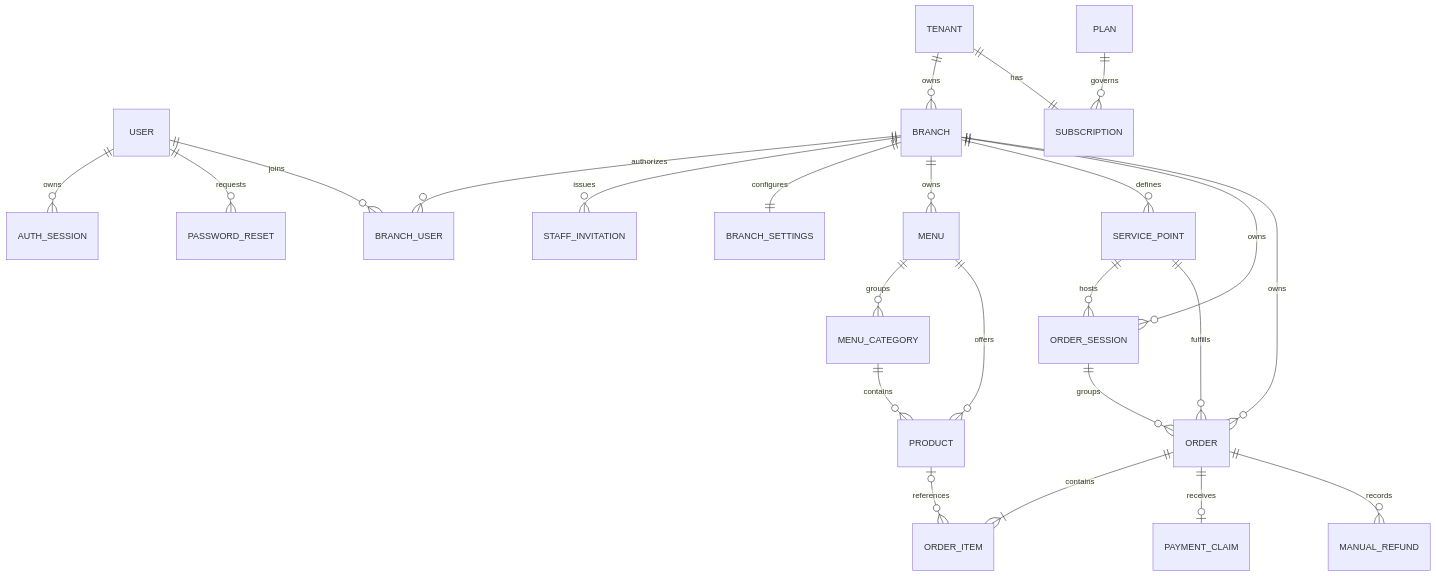
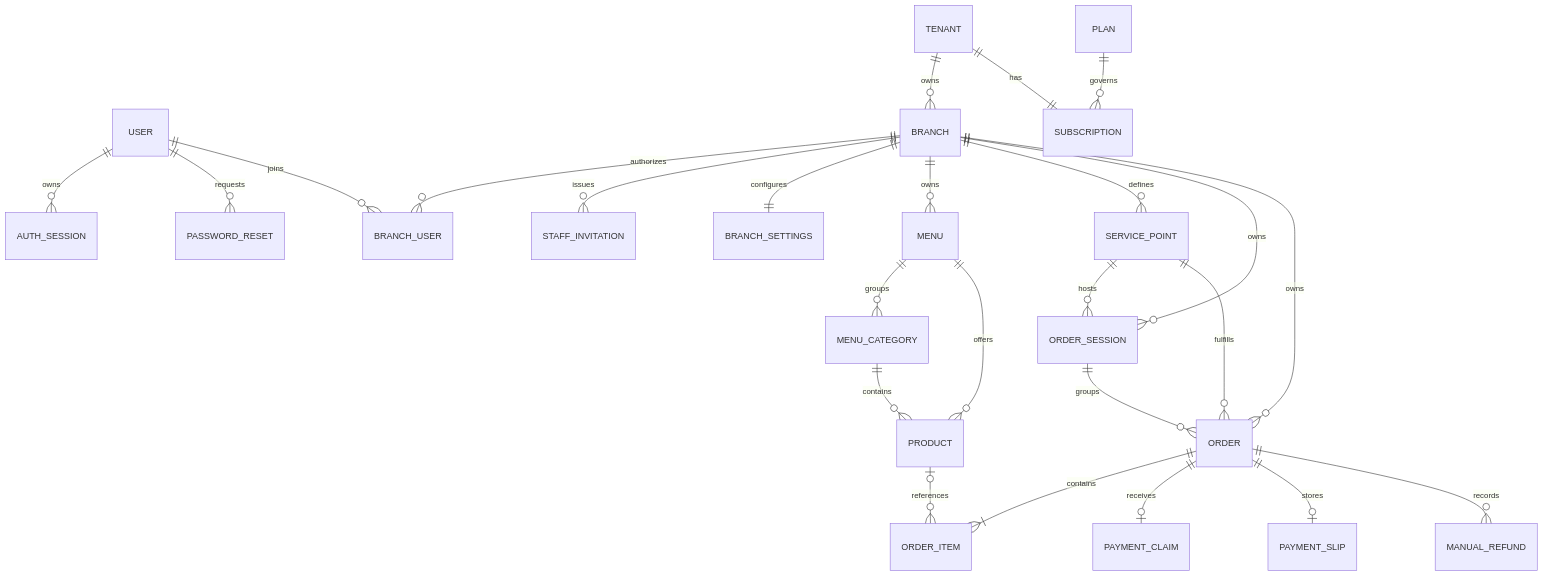
One commit to korawit-ch/restaurant-ordering-system changed the diagram in docs/DATA_MODEL.md. Above: the diagram before and after it, drawn with Mermaid. The commit also changed other lines of this file and 8 other files, not shown here.

````diff
--- a/docs/DATA_MODEL.md
+++ b/docs/DATA_MODEL.md
@@ -7,26 +7,27 @@
 ```mermaid
 erDiagram
     USER ||--o{ AUTH_SESSION : owns
     USER ||--o{ PASSWORD_RESET : requests
     USER ||--o{ BRANCH_USER : joins
     TENANT ||--o{ BRANCH : owns
     TENANT ||--|| SUBSCRIPTION : has
     PLAN ||--o{ SUBSCRIPTION : governs
     BRANCH ||--o{ BRANCH_USER : authorizes
     BRANCH ||--o{ STAFF_INVITATION : issues
     BRANCH ||--|| BRANCH_SETTINGS : configures
     BRANCH ||--o{ MENU : owns
     MENU ||--o{ MENU_CATEGORY : groups
     MENU ||--o{ PRODUCT : offers
     MENU_CATEGORY ||--o{ PRODUCT : contains
     BRANCH ||--o{ SERVICE_POINT : defines
     SERVICE_POINT ||--o{ ORDER_SESSION : hosts
     BRANCH ||--o{ ORDER_SESSION : owns
     ORDER_SESSION ||--o{ ORDER : groups
     SERVICE_POINT ||--o{ ORDER : fulfills
     BRANCH ||--o{ ORDER : owns
     ORDER ||--|{ ORDER_ITEM : contains
     PRODUCT o|--o{ ORDER_ITEM : references
     ORDER ||--o| PAYMENT_CLAIM : receives
+    ORDER ||--o| PAYMENT_SLIP : stores
     ORDER ||--o{ MANUAL_REFUND : records
 ```
````
